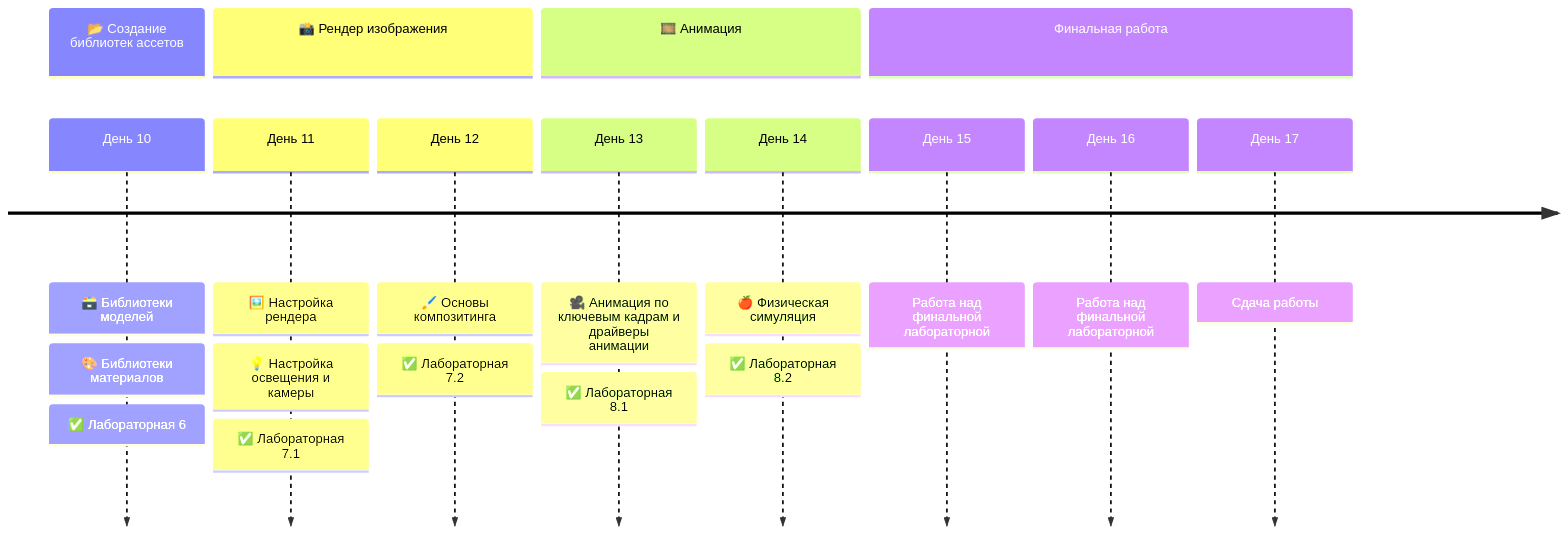
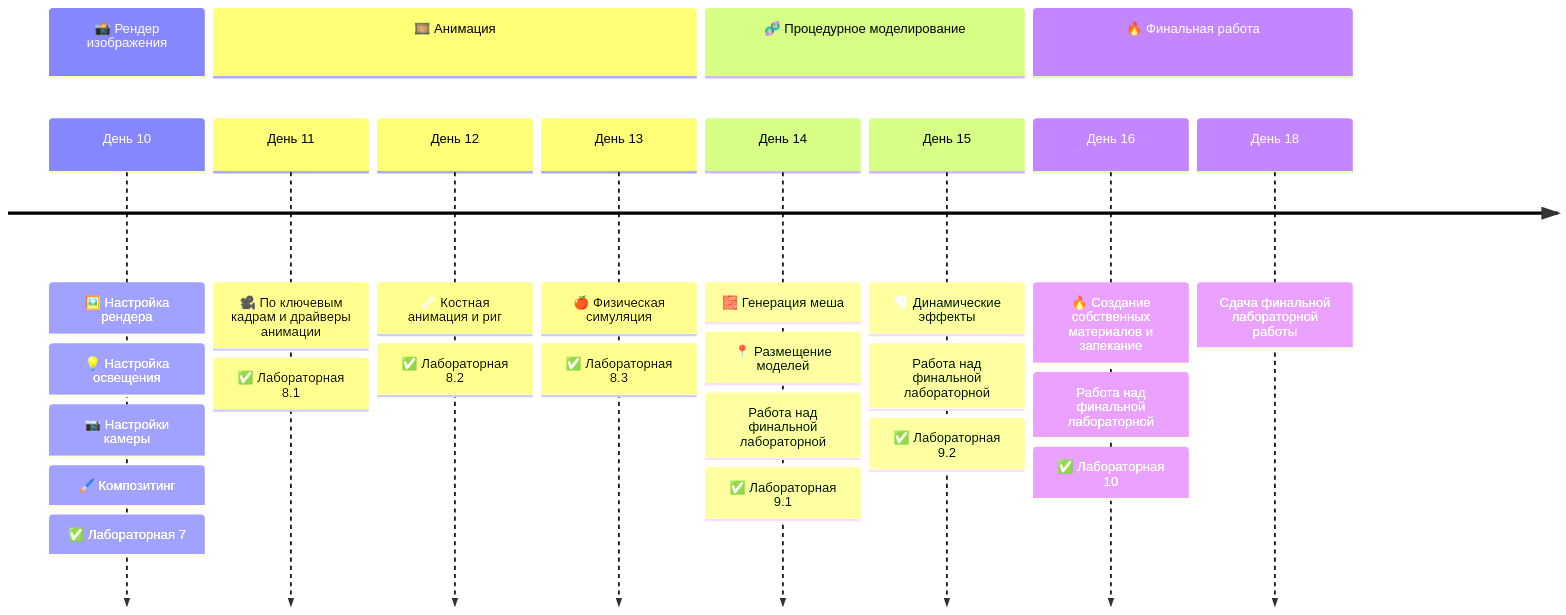
The second of 2 diagrams in README.md (mvodya/3d-course-blender-2025), drawn with Mermaid before and after one commit. The commit also changed other lines of this file, not shown here.

````diff
--- a/README.md
+++ b/README.md
@@ -82,23 +115,40 @@
 ```mermaid
-timeline      
-    section 📂 Создание библиотек ассетов
-        День 10 : 🗃️ Библиотеки моделей : 🎨 Библиотеки материалов :
-            ✅ Лабораторная 6
+timeline
     section 📸 Рендер изображения
-        День 11 : 🖼️ Настройка рендера : 💡 Настройка освещения и камеры :
-            ✅ Лабораторная 7.1
-        День 12 : 🖌️ Основы композитинга :
-            ✅ Лабораторная 7.2
+        День 10 :
+            🖼️ Настройка рендера :
+            💡 Настройка освещения :
+            📷 Настройки камеры :
+            🖌️ Композитинг :
+            ✅ Лабораторная 7
+
     section 🎞️ Анимация
-        День 13 : 🎥 Анимация по ключевым кадрам и драйверы анимации :
+        День 11 :
+            🎥 По ключевым кадрам и драйверы анимации :
             ✅ Лабораторная 8.1
-        День 14 : 🍎 Физическая симуляция :
+        День 12 :
+            🦴 Костная анимация и риг :
             ✅ Лабораторная 8.2
-    section Финальная работа
+        День 13 :
+            🍎 Физическая симуляция :
+            ✅ Лабораторная 8.3
+
+    section 🧬 Процедурное моделирование
+        День 14 :
+            🧱 Генерация меша :
+            📍 Размещение моделей :
+            Работа над финальной лабораторной :
+            ✅ Лабораторная 9.1
         День 15 :
-            Работа над финальной лабораторной
+            🌪️ Динамические эффекты :
+            Работа над финальной лабораторной :
+            ✅ Лабораторная 9.2
+
+    section 🔥 Финальная работа
         День 16 :
-            Работа над финальной лабораторной
-        День 17 :
-            Сдача работы
+            🔥 Создание собственных материалов и запекание :
+            Работа над финальной лабораторной :
+            ✅ Лабораторная 10
+        День 18 :
+            Сдача финальной лабораторной работы
 ```
````
